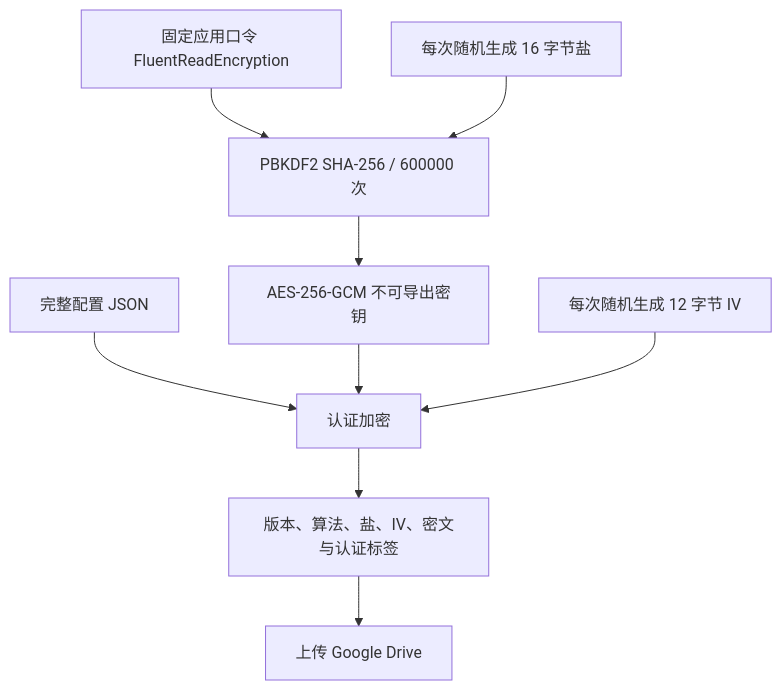
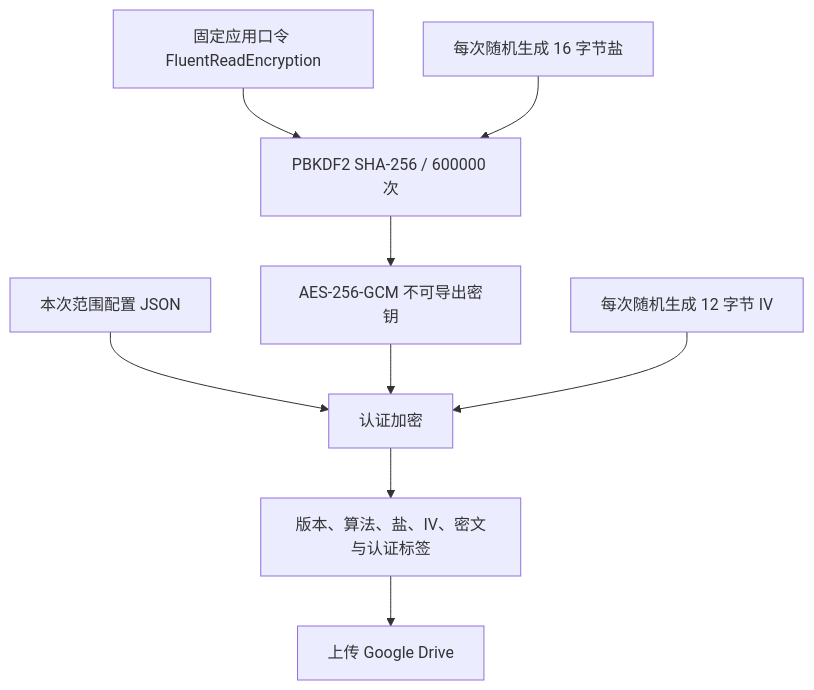
Before and after one commit to ArietidsZ/FluentRead: the third of 4 diagrams in docs/maintainers/google-drive-sync-guide.md, drawn with Mermaid. The commit also changed other lines of this file and 38 other files, not shown here.

````diff
--- a/docs/maintainers/google-drive-sync-guide.md
+++ b/docs/maintainers/google-drive-sync-guide.md
@@ -97,11 +118,11 @@
 ```mermaid
 flowchart TD
     P[固定应用口令 FluentReadEncryption] --> K[PBKDF2 SHA-256 / 600000 次]
     S[每次随机生成 16 字节盐] --> K
     K --> A[AES-256-GCM 不可导出密钥]
-    C[完整配置 JSON] --> E[认证加密]
+    C[本次范围配置 JSON] --> E[认证加密]
     A --> E
     I[每次随机生成 12 字节 IV] --> E
     E --> F[版本、算法、盐、IV、密文与认证标签]
     F --> D[上传 Google Drive]
 ```
````
